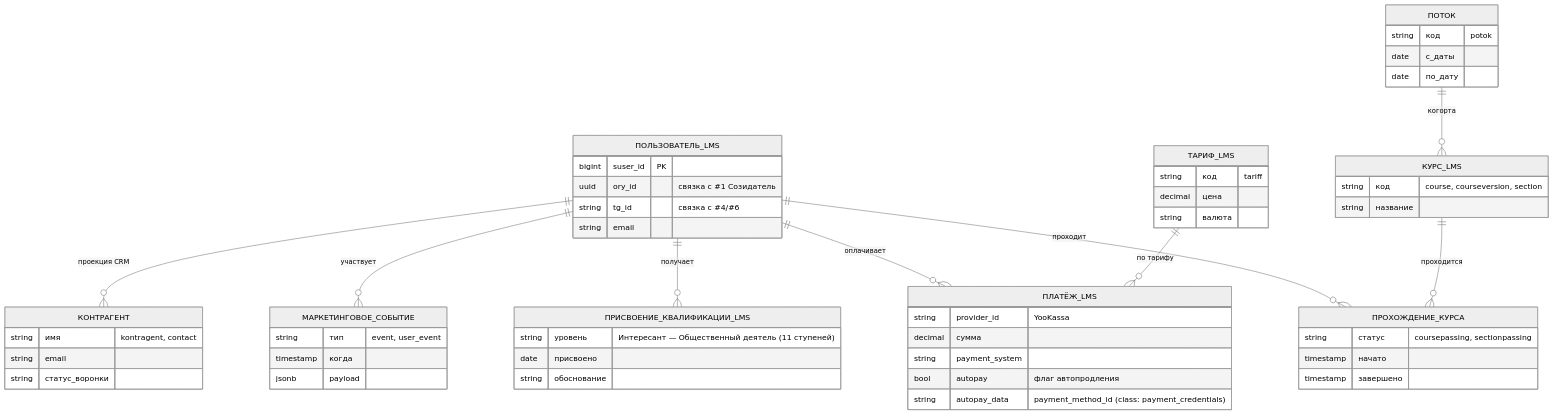
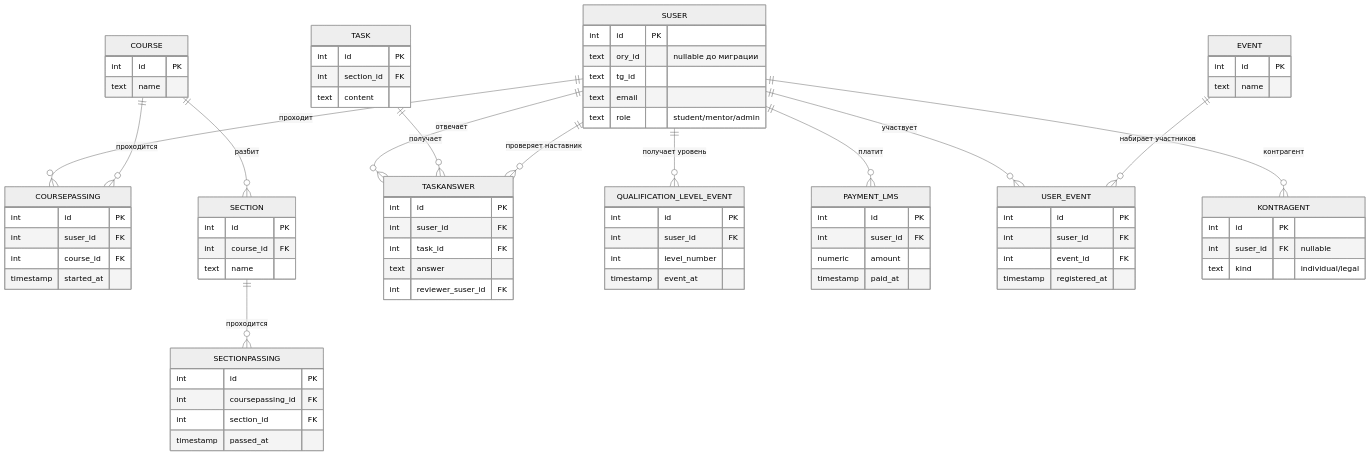
Before and after one commit to TserenTserenov/PACK-digital-platform: diagram 14 of 17 in pack/digital-platform/02-domain-entities/DP.ARCH.004-neon-data-architecture.md, drawn with Mermaid (neutral theme). The commit also changed other lines of this file and 29 other files, not shown here.

````diff
--- a/pack/digital-platform/02-domain-entities/DP.ARCH.004-neon-data-architecture.md
+++ b/pack/digital-platform/02-domain-entities/DP.ARCH.004-neon-data-architecture.md
@@ -811,59 +1155,83 @@
 ```mermaid
 erDiagram
-    ПОЛЬЗОВАТЕЛЬ_LMS ||--o{ ПРОХОЖДЕНИЕ_КУРСА : "проходит"
-    КУРС_LMS ||--o{ ПРОХОЖДЕНИЕ_КУРСА : "проходится"
-    ПОЛЬЗОВАТЕЛЬ_LMS ||--o{ ПЛАТЁЖ_LMS : "оплачивает"
-    ТАРИФ_LMS ||--o{ ПЛАТЁЖ_LMS : "по тарифу"
-    ПОЛЬЗОВАТЕЛЬ_LMS ||--o{ ПРИСВОЕНИЕ_КВАЛИФИКАЦИИ_LMS : "получает"
-    ПОЛЬЗОВАТЕЛЬ_LMS ||--o{ МАРКЕТИНГОВОЕ_СОБЫТИЕ : "участвует"
-    ПОЛЬЗОВАТЕЛЬ_LMS ||--o{ КОНТРАГЕНТ : "проекция CRM"
-    ПОТОК ||--o{ КУРС_LMS : "когорта"
+    SUSER ||--o{ COURSEPASSING : "проходит"
+    COURSE ||--o{ COURSEPASSING : "проходится"
+    COURSE ||--o{ SECTION : "разбит"
+    SECTION ||--o{ SECTIONPASSING : "проходится"
+    SUSER ||--o{ TASKANSWER : "отвечает"
+    TASK ||--o{ TASKANSWER : "получает"
+    TASKANSWER }o--|| SUSER : "проверяет наставник"
+    SUSER ||--o{ QUALIFICATION_LEVEL_EVENT : "получает уровень"
+    SUSER ||--o{ PAYMENT_LMS : "платит"
+    SUSER ||--o{ USER_EVENT : "участвует"
+    EVENT ||--o{ USER_EVENT : "набирает участников"
+    SUSER ||--o{ KONTRAGENT : "контрагент"
 
-    ПОЛЬЗОВАТЕЛЬ_LMS {
-        bigint suser_id PK
-        uuid ory_id "связка с #1 Созидатель"
-        string tg_id "связка с #4/#6"
-        string email
+    SUSER {
+        int id PK
+        text ory_id "nullable до миграции"
+        text tg_id
+        text email
+        text role "student/mentor/admin"
     }
-    КУРС_LMS {
-        string код "course, courseversion, section"
-        string название
+    COURSE {
+        int id PK
+        text name
     }
-    ПРОХОЖДЕНИЕ_КУРСА {
-        string статус "coursepassing, sectionpassing"
-        timestamp начато
-        timestamp завершено
+    SECTION {
+        int id PK
+        int course_id FK
+        text name
     }
-    ТАРИФ_LMS {
-        string код "tariff"
-        decimal цена
-        string валюта
+    COURSEPASSING {
+        int id PK
+        int suser_id FK
+        int course_id FK
+        timestamp started_at
     }
-    ПЛАТЁЖ_LMS {
-        string provider_id "YooKassa"
-        decimal сумма
-        string payment_system
-        bool autopay "флаг автопродления"
-        string autopay_data "payment_method_id (class: payment_credentials)"
+    SECTIONPASSING {
+        int id PK
+        int coursepassing_id FK
+        int section_id FK
+        timestamp passed_at
     }
-    ПРИСВОЕНИЕ_КВАЛИФИКАЦИИ_LMS {
-        string уровень "Интересант — Общественный деятель (11 ступеней)"
-        date присвоено
-        string обоснование
+    TASK {
+        int id PK
+        int section_id FK
+        text content
     }
-    КОНТРАГЕНТ {
-        string имя "kontragent, contact"
-        string email
-        string статус_воронки
+    TASKANSWER {
+        int id PK
+        int suser_id FK
+        int task_id FK
+        text answer
+        int reviewer_suser_id FK
     }
-    МАРКЕТИНГОВОЕ_СОБЫТИЕ {
-        string тип "event, user_event"
-        timestamp когда
-        jsonb payload
+    QUALIFICATION_LEVEL_EVENT {
+        int id PK
+        int suser_id FK
+        int level_number
+        timestamp event_at
     }
-    ПОТОК {
-        string код "potok"
-        date с_даты
-        date по_дату
+    PAYMENT_LMS {
+        int id PK
+        int suser_id FK
+        numeric amount
+        timestamp paid_at
+    }
+    EVENT {
+        int id PK
+        text name
+    }
+    USER_EVENT {
+        int id PK
+        int suser_id FK
+        int event_id FK
+        timestamp registered_at
+    }
+    KONTRAGENT {
+        int id PK
+        int suser_id FK "nullable"
+        text kind "individual/legal"
     }
 ```
````
